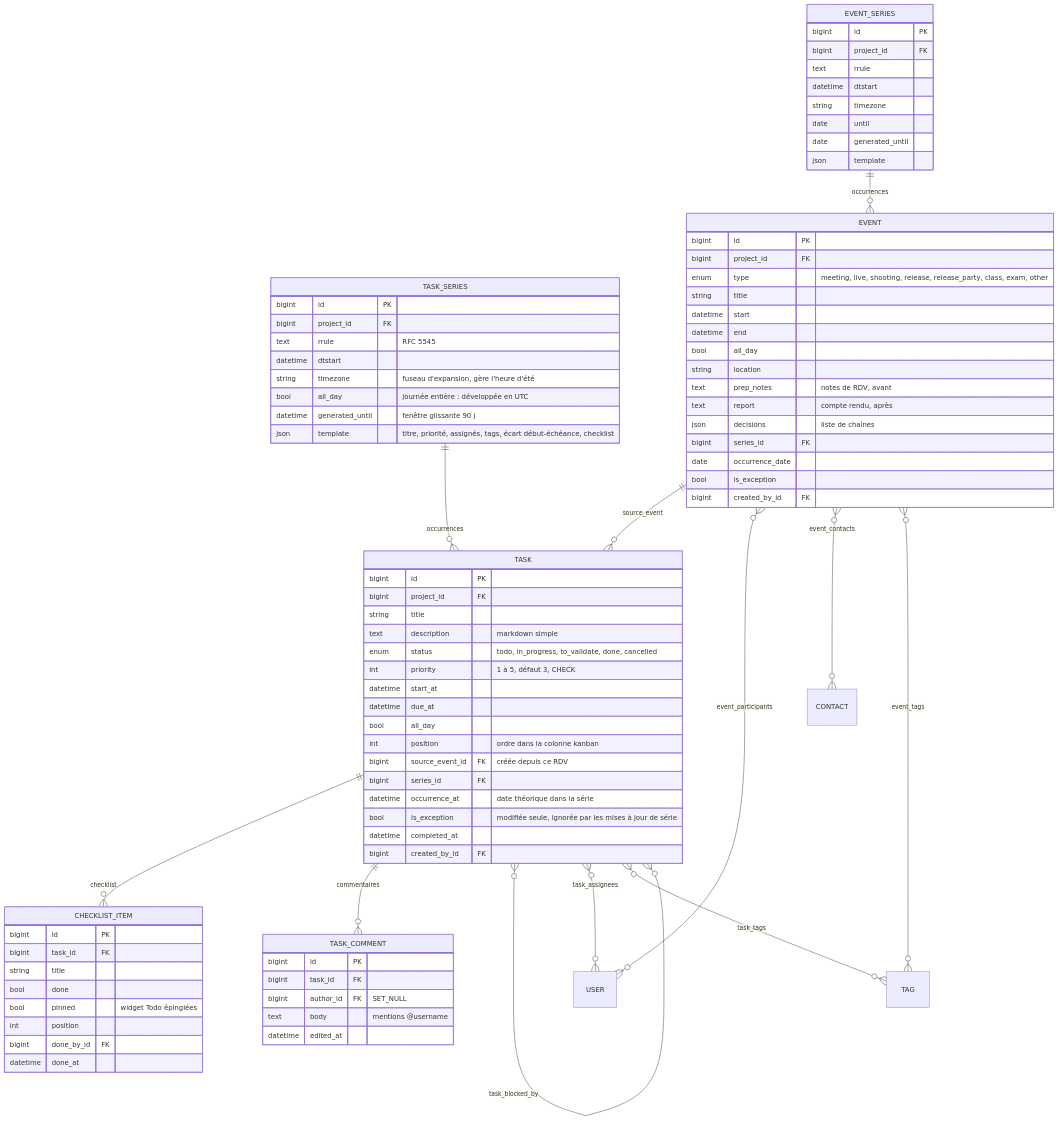
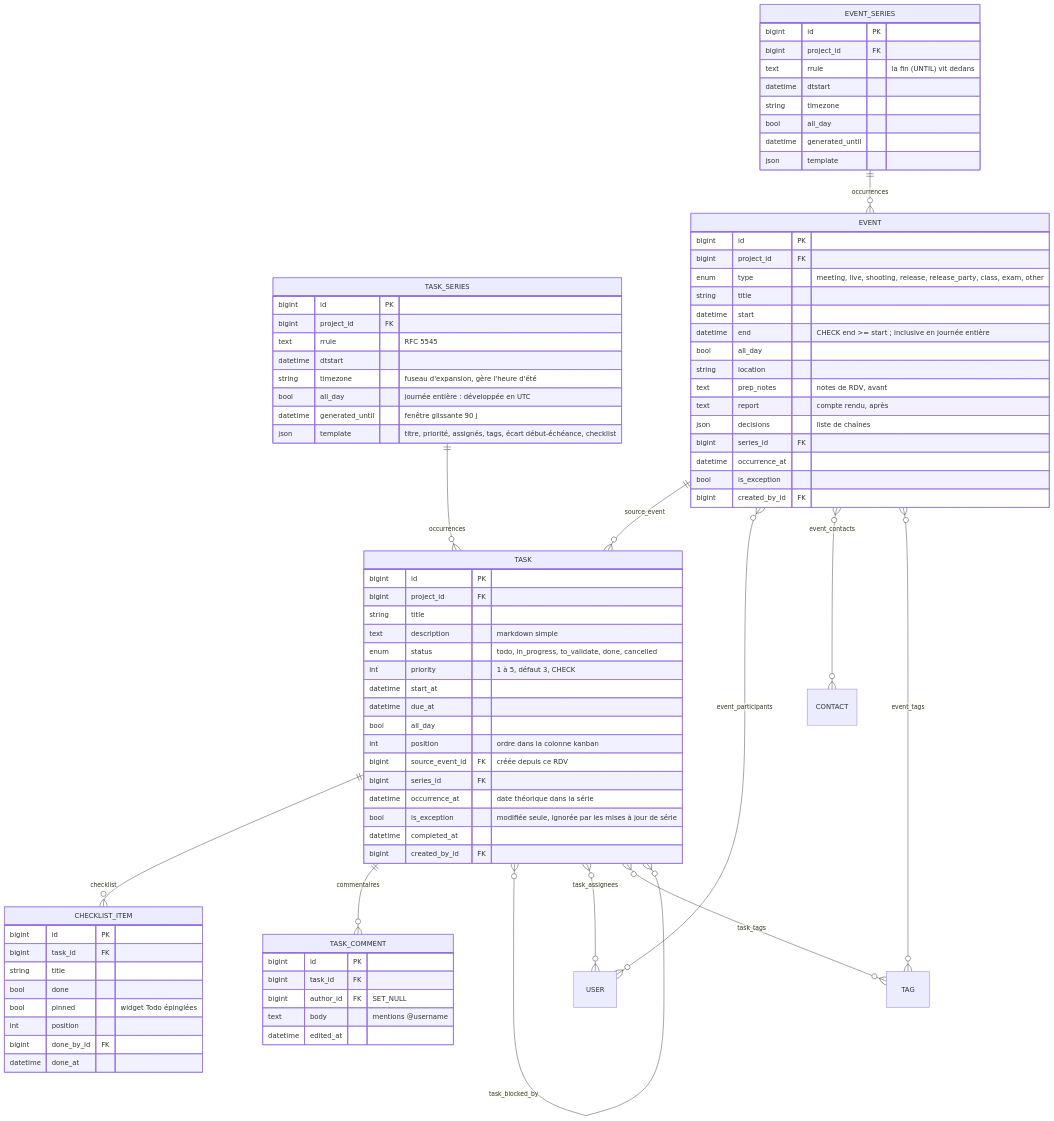
Before and after one commit to lucagslr/sobased: the third of 7 diagrams in DATABASE_SCHEMA.md, drawn with Mermaid. The commit also changed other lines of this file and 71 other files, not shown here.

```diff
--- a/DATABASE_SCHEMA.md
+++ b/DATABASE_SCHEMA.md
@@ -248,11 +248,11 @@
     EVENT_SERIES {
         bigint id PK
         bigint project_id FK
-        text rrule
+        text rrule "la fin (UNTIL) vit dedans"
         datetime dtstart
         string timezone
-        date until
-        date generated_until
+        bool all_day
+        datetime generated_until
         json template
     }
     EVENT {
@@ -261,14 +261,14 @@
         enum type "meeting, live, shooting, release, release_party, class, exam, other"
         string title
         datetime start
-        datetime end
+        datetime end "CHECK end >= start ; inclusive en journée entière"
         bool all_day
         string location
         text prep_notes "notes de RDV, avant"
         text report "compte rendu, après"
         json decisions "liste de chaînes"
         bigint series_id FK
-        date occurrence_date
+        datetime occurrence_at
         bool is_exception
         bigint created_by_id FK
     }
```
